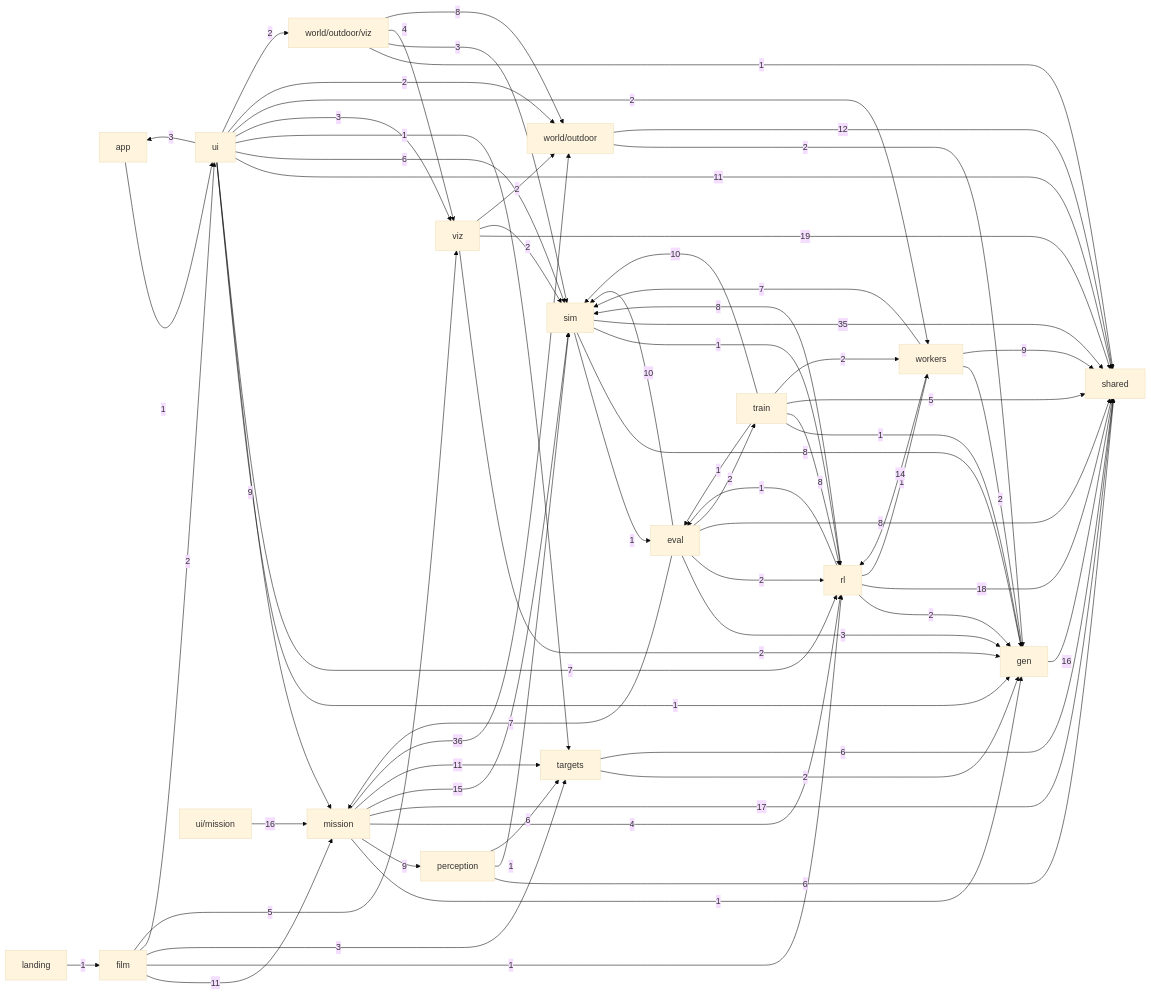
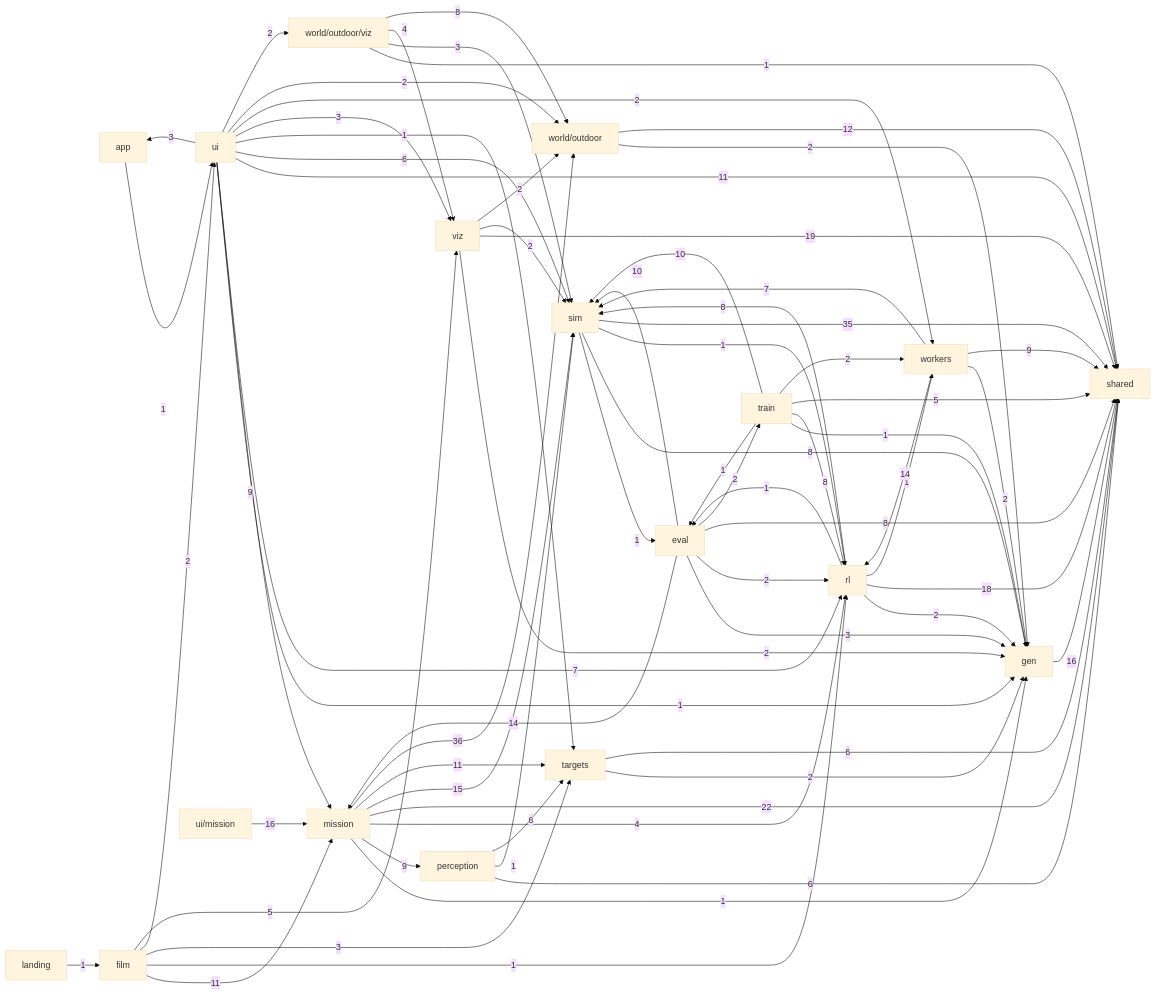
One commit to alexnieves-cs/frontier-fly changed the second of 2 diagrams in docs/ARCHITECTURE.md. Above: the diagram before and after it, drawn with Mermaid (base theme). The commit also changed other lines of this file and 25 other files, not shown here.

```diff
--- a/docs/ARCHITECTURE.md
+++ b/docs/ARCHITECTURE.md
@@ -94,7 +94,7 @@
   world_outdoor_viz["world/outdoor/viz"]
   app -->|1| ui
   eval -->|3| gen
-  eval -->|7| mission
+  eval -->|14| mission
   eval -->|2| rl
   eval -->|8| shared
   eval -->|10| sim
@@ -109,7 +109,7 @@
   mission -->|1| gen
   mission -->|9| perception
   mission -->|4| rl
-  mission -->|17| shared
+  mission -->|22| shared
   mission -->|15| sim
   mission -->|11| targets
   mission -->|36| world_outdoor
```
